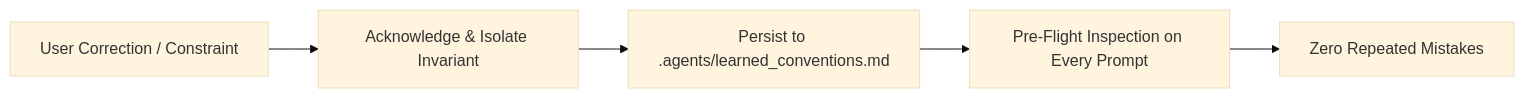
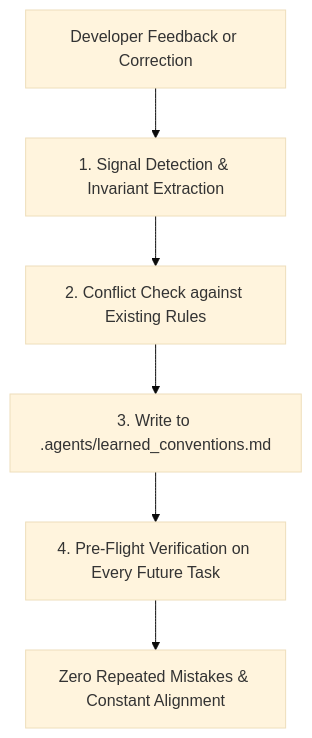
Before and after one commit to darknecrocities/SkillBuilder: the diagram in skills/continuous-learning/SKILL.md, drawn with Mermaid (base theme). The commit also changed other lines of this file and 3 other files, not shown here.

````diff
--- a/skills/continuous-learning/SKILL.md
+++ b/skills/continuous-learning/SKILL.md
@@ -16,7 +16,8 @@
 ```mermaid
-flowchart LR
-    A["User Correction / Constraint"] --> B["Acknowledge & Isolate Invariant"]
-    B --> C["Persist to .agents/learned_conventions.md"]
-    C --> D["Pre-Flight Inspection on Every Prompt"]
-    D --> E["Zero Repeated Mistakes"]
+flowchart TD
+    A["Developer Feedback or Correction"] --> B["1. Signal Detection & Invariant Extraction"]
+    B --> C["2. Conflict Check against Existing Rules"]
+    C --> D["3. Write to .agents/learned_conventions.md"]
+    D --> E["4. Pre-Flight Verification on Every Future Task"]
+    E --> F["Zero Repeated Mistakes & Constant Alignment"]
 ```
````
